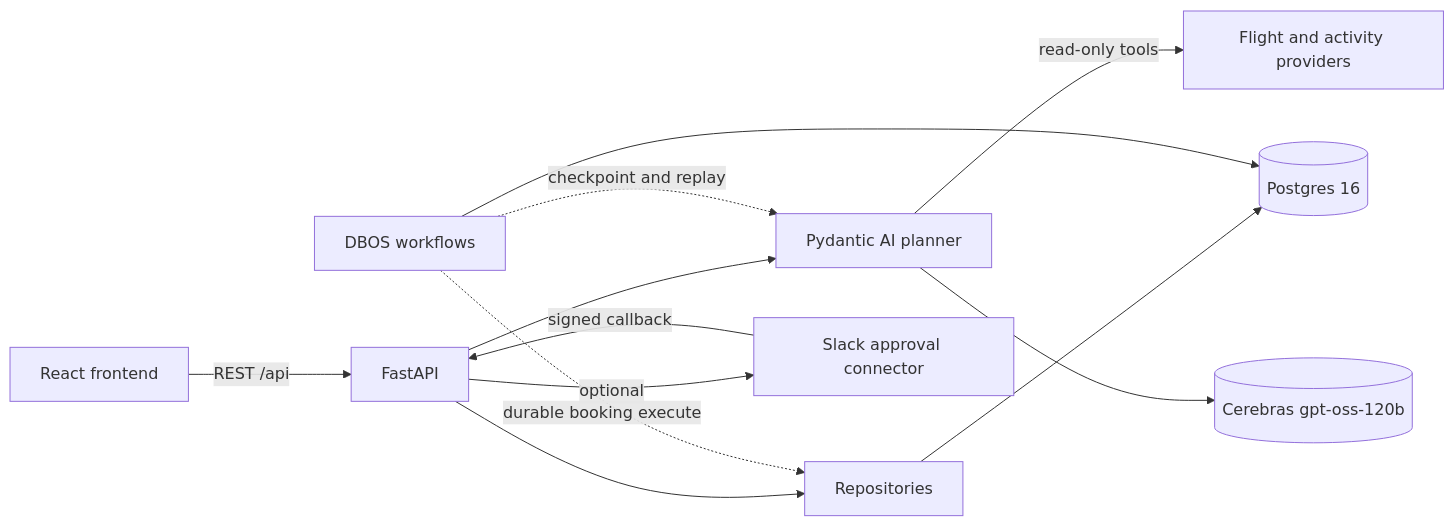
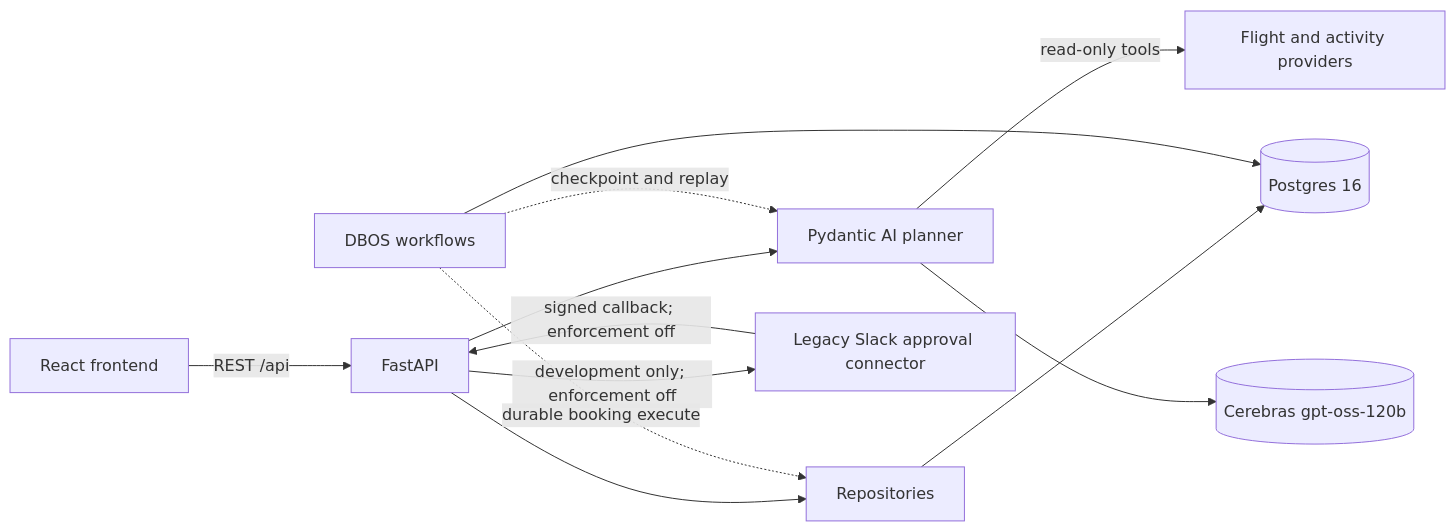
The first of 2 diagrams in README.md (tonytrieu-dev/travel-ops-agent), drawn with Mermaid before and after one commit. The commit also changed other lines of this file and 7 other files, not shown here.

````diff
--- a/README.md
+++ b/README.md
@@ -104,14 +104,14 @@
 ```mermaid
 flowchart LR
     UI[React frontend] -->|REST /api| API[FastAPI]
     API --> Repo[Repositories]
     Repo --> DB[(Postgres 16)]
     API --> Agent[Pydantic AI planner]
     Agent -->|read-only tools| Providers[Flight and activity providers]
     Agent --> Cerebras[(Cerebras gpt-oss-120b)]
     DBOS[DBOS workflows] -.->|checkpoint and replay| Agent
     DBOS -.->|durable booking execute| Repo
     DBOS --> DB
-    API -->|optional| Slack[Slack approval connector]
-    Slack -->|signed callback| API
+    API -->|development only; enforcement off| Slack[Legacy Slack approval connector]
+    Slack -->|signed callback; enforcement off| API
 ```
````
